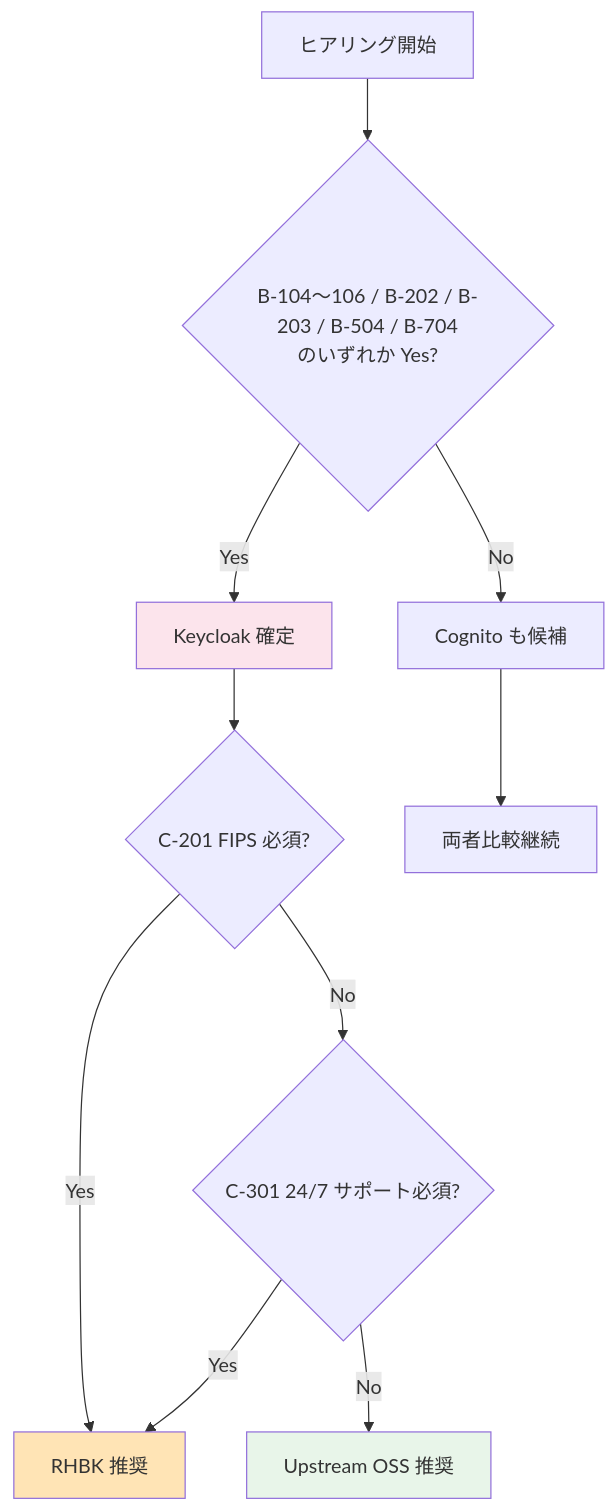
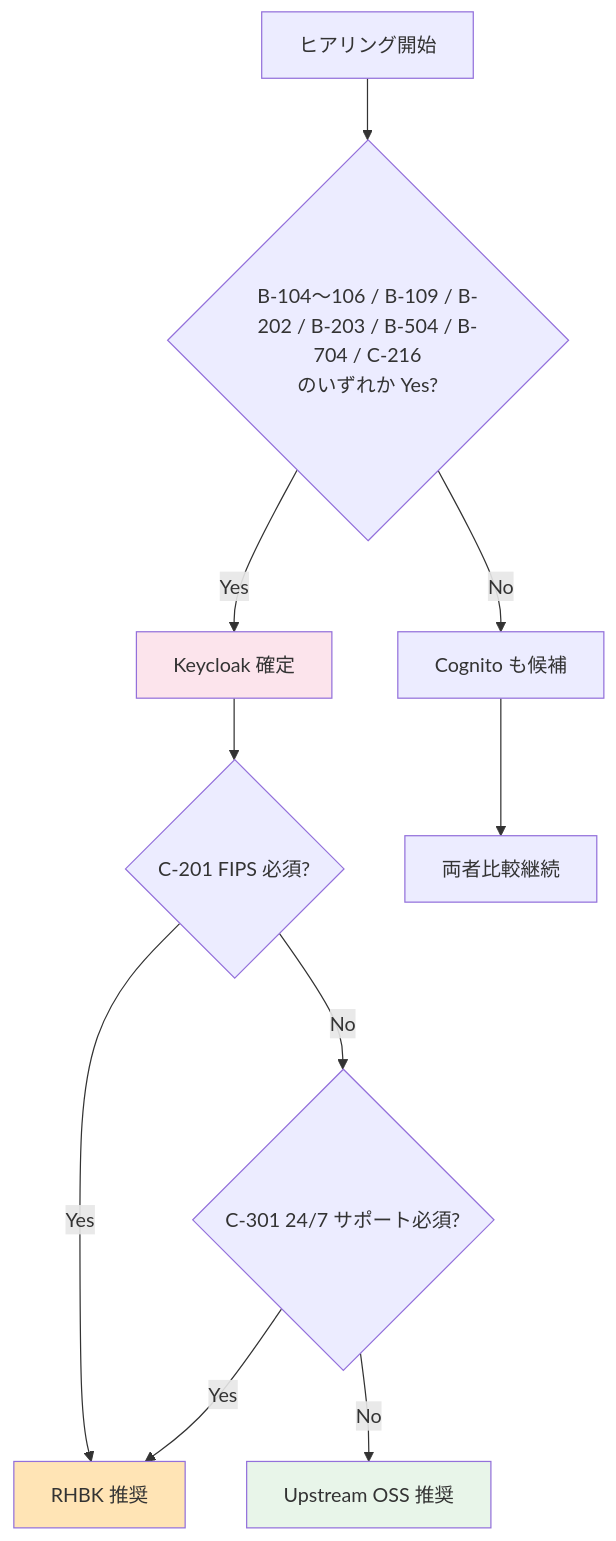
One commit to suepie/aws-atuh-poc changed the first of 2 diagrams in doc/requirements/hearing-checklist.md. Above: the diagram before and after it, drawn with Mermaid. The commit also changed other lines of this file and 38 other files, not shown here.

````diff
--- a/doc/requirements/hearing-checklist.md
+++ b/doc/requirements/hearing-checklist.md
@@ -233,26 +236,26 @@
 ```mermaid
 flowchart TB
     Start[ヒアリング開始]
-    Q1{B-104〜106 / B-202 / B-203 / B-504 / B-704<br/>のいずれか Yes?}
+    Q1{B-104〜106 / B-109 / B-202 / B-203 / B-504 / B-704 / C-216<br/>のいずれか Yes?}
     Q2{C-201 FIPS 必須?}
     Q3{C-301 24/7 サポート必須?}
     KC[Keycloak 確定]
     Cog[Cognito も候補]
     RHBK[RHBK 推奨]
     OSS[Upstream OSS 推奨]
     Both[両者比較継続]
 
     Start --> Q1
     Q1 -->|Yes| KC
     Q1 -->|No| Cog
     KC --> Q2
     Cog --> Both
     Q2 -->|Yes| RHBK
     Q2 -->|No| Q3
     Q3 -->|Yes| RHBK
     Q3 -->|No| OSS
 
     style KC fill:#fce4ec
     style RHBK fill:#ffe4b5
     style OSS fill:#e8f5e9
 ```
````
